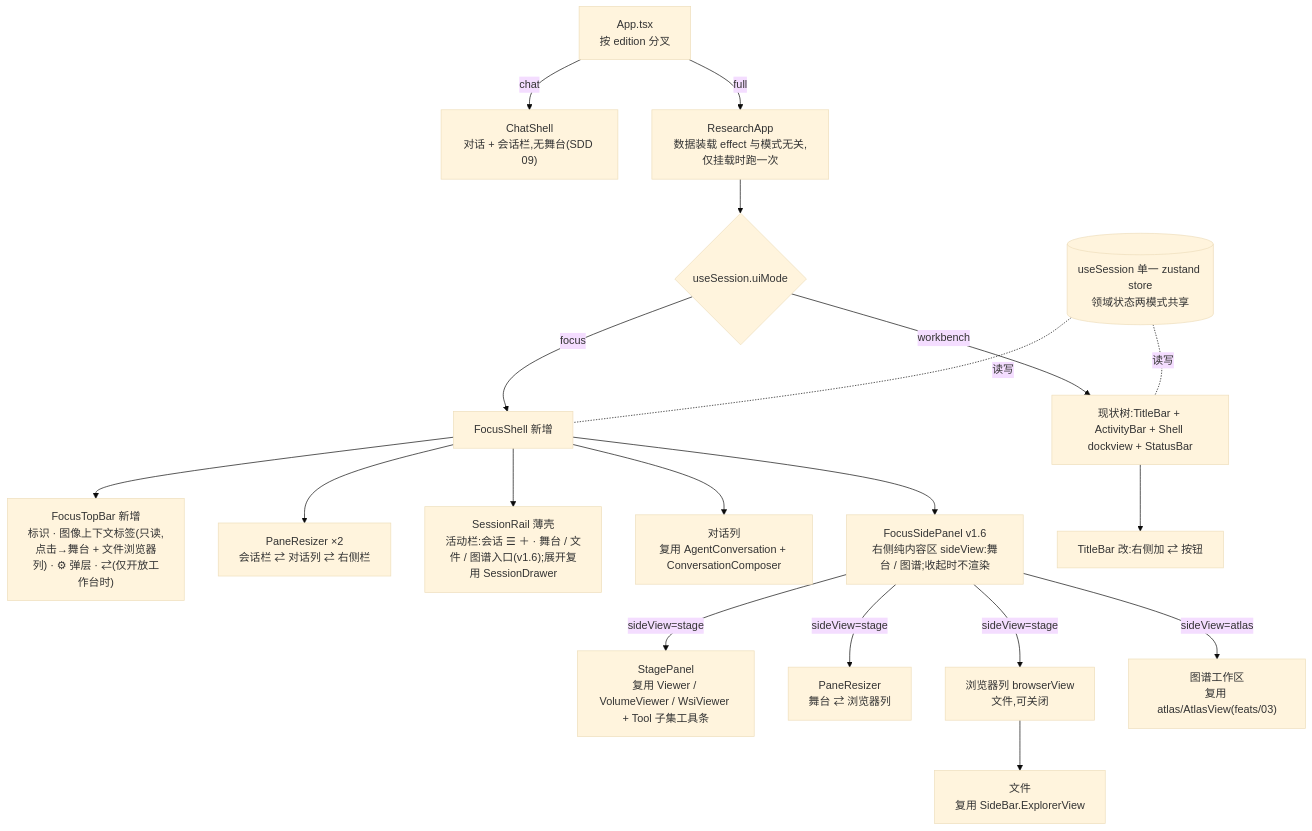
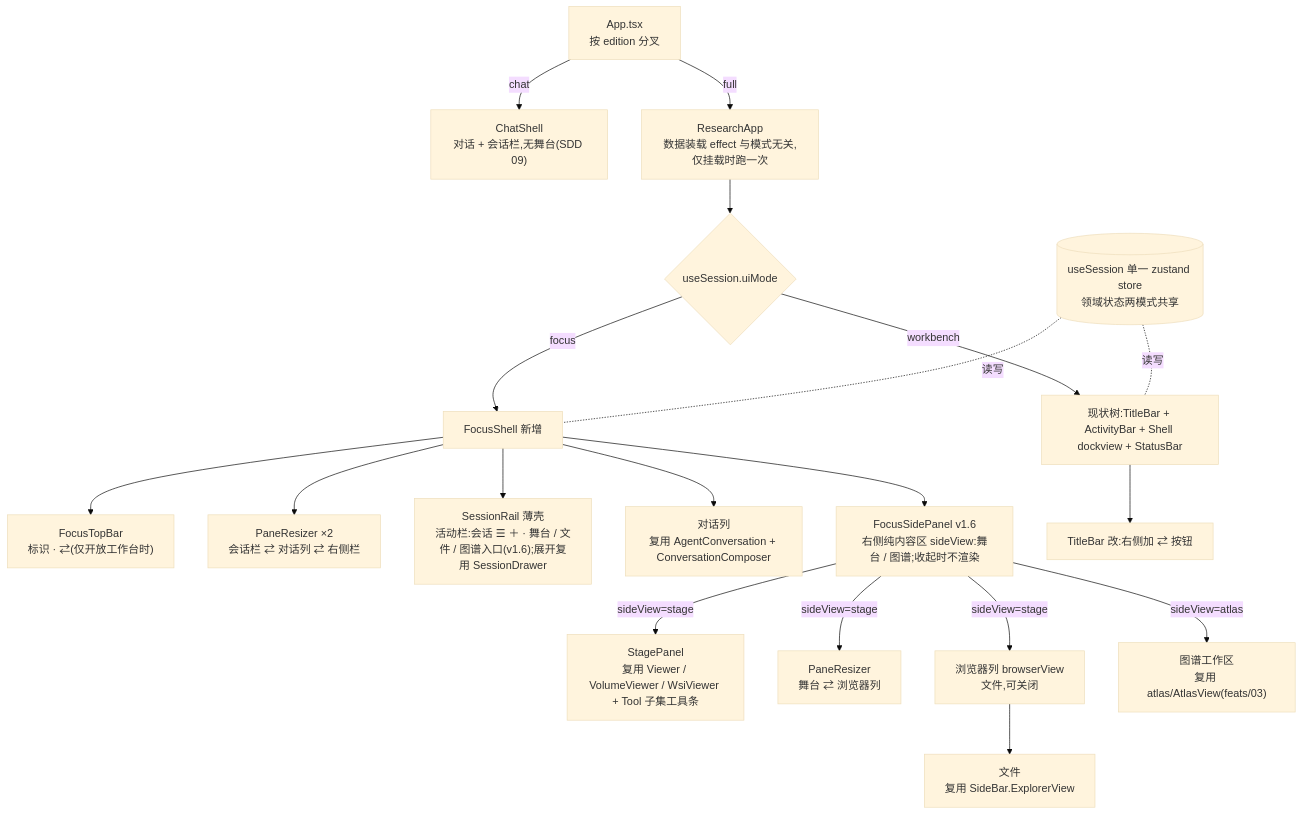
One commit to zhentai-sn/open-glaux changed the second of 3 diagrams in docs/sdd/feats/01-dual-mode-shell/README.md. Above: the diagram before and after it, drawn with Mermaid (base theme). The commit also changed other lines of this file and 19 other files, not shown here.

````diff
--- a/docs/sdd/feats/01-dual-mode-shell/README.md
+++ b/docs/sdd/feats/01-dual-mode-shell/README.md
@@ -118,19 +118,19 @@
 ```mermaid
 flowchart TD
     APP["App.tsx<br/>按 edition 分叉"] -- chat --> CS["ChatShell<br/>对话 + 会话栏,无舞台(SDD 09)"]
     APP -- full --> RA["ResearchApp<br/>数据装载 effect 与模式无关,仅挂载时跑一次"] --> M{useSession.uiMode}
     M -- focus --> FS[FocusShell 新增]
     M -- workbench --> WB[现状树:TitleBar + ActivityBar + Shell dockview + StatusBar]
-    FS --> FT["FocusTopBar 新增<br/>标识 · 图像上下文标签(只读,点击→舞台 + 文件浏览器列) · ⚙ 弹层 · ⇄(仅开放工作台时)"]
+    FS --> FT["FocusTopBar<br/>标识 · ⇄(仅开放工作台时)"]
     FS --> PZ["PaneResizer ×2<br/>会话栏 ⇄ 对话列 ⇄ 右侧栏"]
     FS --> SR["SessionRail 薄壳<br/>活动栏:会话 ☰ ＋ · 舞台 / 文件 / 图谱入口(v1.6);展开复用 SessionDrawer"]
     FS --> CC[对话列<br/>复用 AgentConversation + ConversationComposer]
     FS --> RP["FocusSidePanel v1.6<br/>右侧纯内容区 sideView:舞台 / 图谱;收起时不渲染"]
     RP -- sideView=stage --> SP[StagePanel<br/>复用 Viewer / VolumeViewer / WsiViewer + Tool 子集工具条]
     RP -- sideView=stage --> PR[PaneResizer<br/>舞台 ⇄ 浏览器列]
     RP -- sideView=stage --> BC[浏览器列 browserView<br/>文件,可关闭]
     BC --> FV[文件<br/>复用 SideBar.ExplorerView]
     RP -- sideView=atlas --> AV["图谱工作区<br/>复用 atlas/AtlasView(feats/03)"]
     WB --> TB2[TitleBar 改:右侧加 ⇄ 按钮]
     STORE[(useSession 单一 zustand store<br/>领域状态两模式共享)] -.读写.- FS & WB
 ```
````
